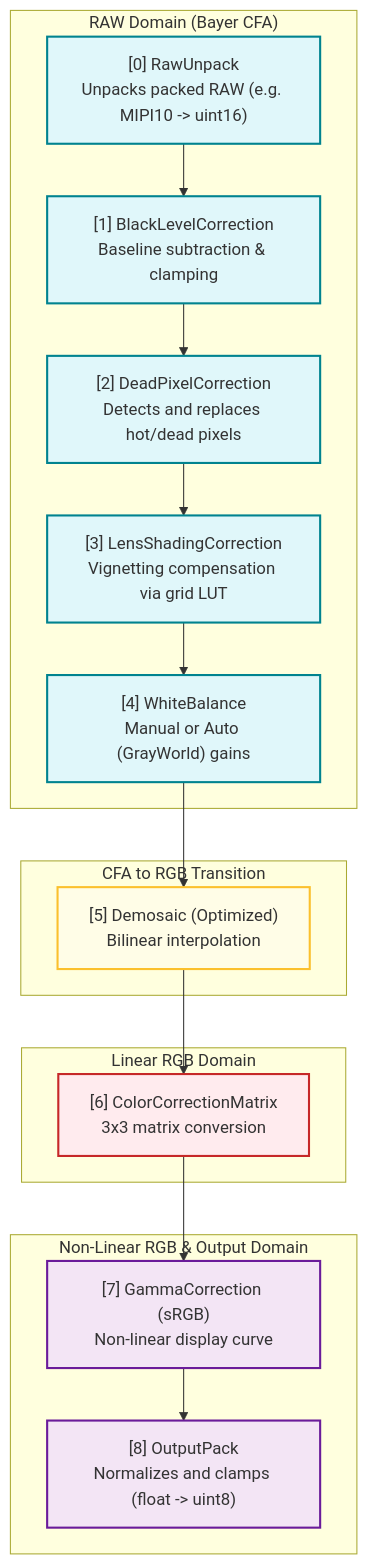
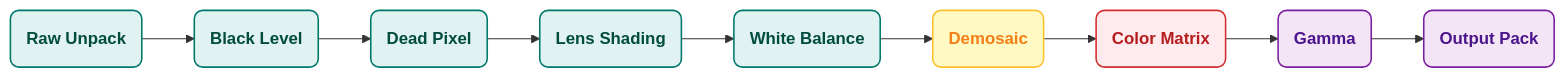
The diagram in docs/pipeline.mmd (xgu20/Cuda-Camera-Pipeline), drawn with Mermaid before and after one commit. The commit also changed 1 other file, not shown here.

Commit message:
docs: simplify pipeline flowchart and apply pastel colors

```diff
--- a/docs/pipeline.mmd
+++ b/docs/pipeline.mmd
@@ -1,37 +1,20 @@
-graph TD
-    %% Define Styles
-    classDef raw fill:#e0f7fa,stroke:#00838f,stroke-width:2px;
-    classDef trans fill:#fffde7,stroke:#fbc02d,stroke-width:2px;
-    classDef rgb fill:#ffebee,stroke:#c62828,stroke-width:2px;
-    classDef nonlinear fill:#f3e5f5,stroke:#6a1b9a,stroke-width:2px;
+graph LR
+    %% Style Definitions (Curated Pastel Palette)
+    classDef raw fill:#E0F2F1,stroke:#00796B,stroke-width:1.5px,rx:8px,ry:8px,color:#004D40,font-weight:bold,font-family:Helvetica;
+    classDef trans fill:#FFF9C4,stroke:#FBC02D,stroke-width:1.5px,rx:8px,ry:8px,color:#F57F17,font-weight:bold,font-family:Helvetica;
+    classDef rgb fill:#FFEBEE,stroke:#D32F2F,stroke-width:1.5px,rx:8px,ry:8px,color:#B71C1C,font-weight:bold,font-family:Helvetica;
+    classDef nonlinear fill:#F3E5F5,stroke:#7B1FA2,stroke-width:1.5px,rx:8px,ry:8px,color:#4A148C,font-weight:bold,font-family:Helvetica;
 
-    %% Subgraphs for Domains
-    subgraph RAW ["RAW Domain (Bayer CFA)"]
-        unpack["[0] RawUnpack<br>Unpacks packed RAW (e.g. MIPI10 -> uint16)"]:::raw
-        blc["[1] BlackLevelCorrection<br>Baseline subtraction & clamping"]:::raw
-        dpc["[2] DeadPixelCorrection<br>Detects and replaces hot/dead pixels"]:::raw
-        lsc["[3] LensShadingCorrection<br>Vignetting compensation via grid LUT"]:::raw
-        wb["[4] WhiteBalance<br>Manual or Auto (GrayWorld) gains"]:::raw
-        
-        unpack --> blc --> dpc --> lsc --> wb
-    end
+    %% Nodes
+    Unpack("Raw Unpack"):::raw
+    BLC("Black Level"):::raw
+    DPC("Dead Pixel"):::raw
+    LSC("Lens Shading"):::raw
+    WB("White Balance"):::raw
+    Demosaic("Demosaic"):::trans
+    CCM("Color Matrix"):::rgb
+    Gamma("Gamma"):::nonlinear
+    Pack("Output Pack"):::nonlinear
 
-    subgraph Transition ["CFA to RGB Transition"]
-        demosaic["[5] Demosaic (Optimized)<br>Bilinear interpolation"]:::trans
-    end
-
-    subgraph RGB ["Linear RGB Domain"]
-        ccm["[6] ColorCorrectionMatrix<br>3x3 matrix conversion"]:::rgb
-    end
-
-    subgraph Output ["Non-Linear RGB & Output Domain"]
-        gamma["[7] GammaCorrection (sRGB)<br>Non-linear display curve"]:::nonlinear
-        pack["[8] OutputPack<br>Normalizes and clamps (float -> uint8)"]:::nonlinear
-        
-        gamma --> pack
-    end
-
-    %% Connect Subgraphs
-    wb --> demosaic
-    demosaic --> ccm
-    ccm --> gamma
+    %% Connections
+    Unpack --> BLC --> DPC --> LSC --> WB --> Demosaic --> CCM --> Gamma --> Pack
```
